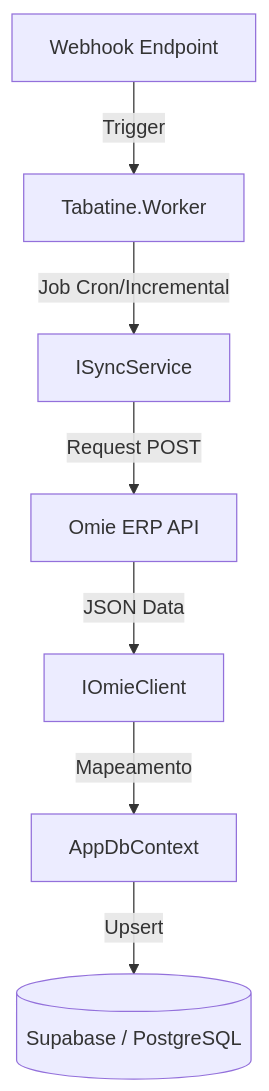
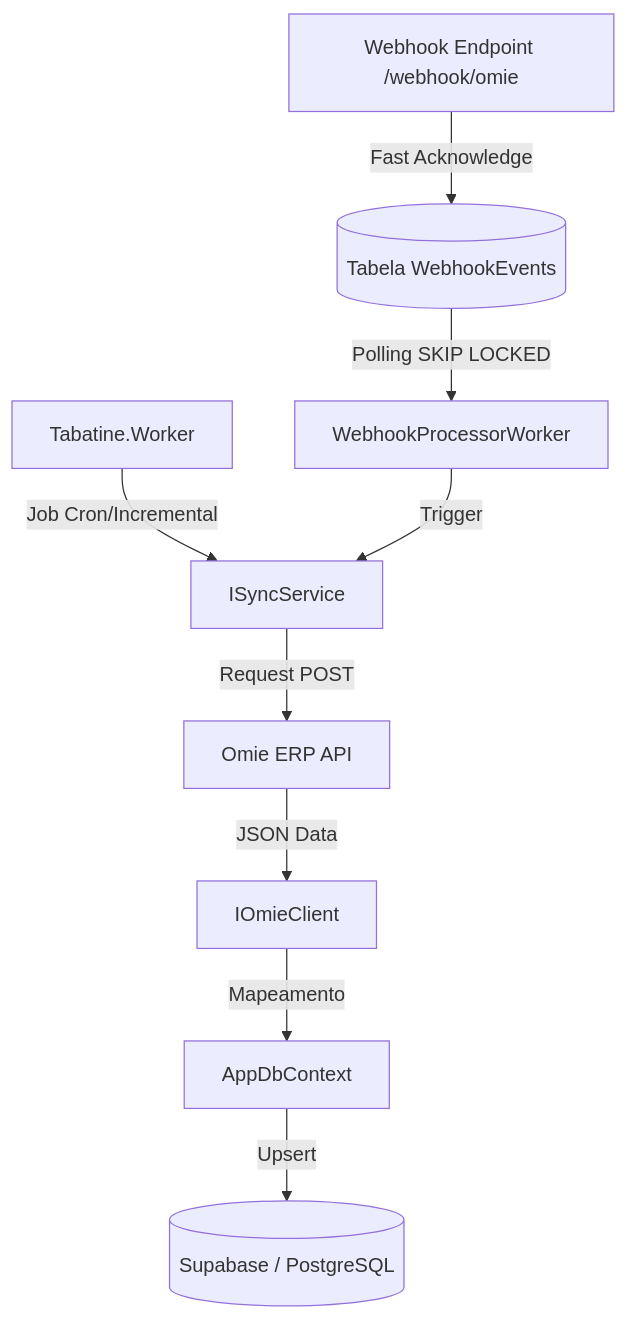
One commit to JonathanBenicio/Tabatine-Engine changed the diagram in README.md. Above: the diagram before and after it, drawn with Mermaid. The commit also changed other lines of this file, not shown here.

Commit message:
docs: Document the new asynchronous webhook processing architecture, detailing fast acknowledge and background worker queue.

````diff
--- a/README.md
+++ b/README.md
@@ -24,9 +24,11 @@
 ```mermaid
 graph TD
     Worker[Tabatine.Worker] -->|Job Cron/Incremental| ISyncService[ISyncService]
     ISyncService -->|Request POST| OmieAPI[Omie ERP API]
     OmieAPI -->|JSON Data| OmieClient[IOmieClient]
     OmieClient -->|Mapeamento| DbContext[AppDbContext]
     DbContext -->|Upsert| Supabase[(Supabase / PostgreSQL)]
-    Webhook[Webhook Endpoint] -->|Trigger| Worker
+    Webhook[Webhook Endpoint /webhook/omie] -->|Fast Acknowledge| Queue[(Tabela WebhookEvents)]
+    Queue -->|Polling SKIP LOCKED| Processor[WebhookProcessorWorker]
+    Processor -->|Trigger| ISyncService
 ```
````
